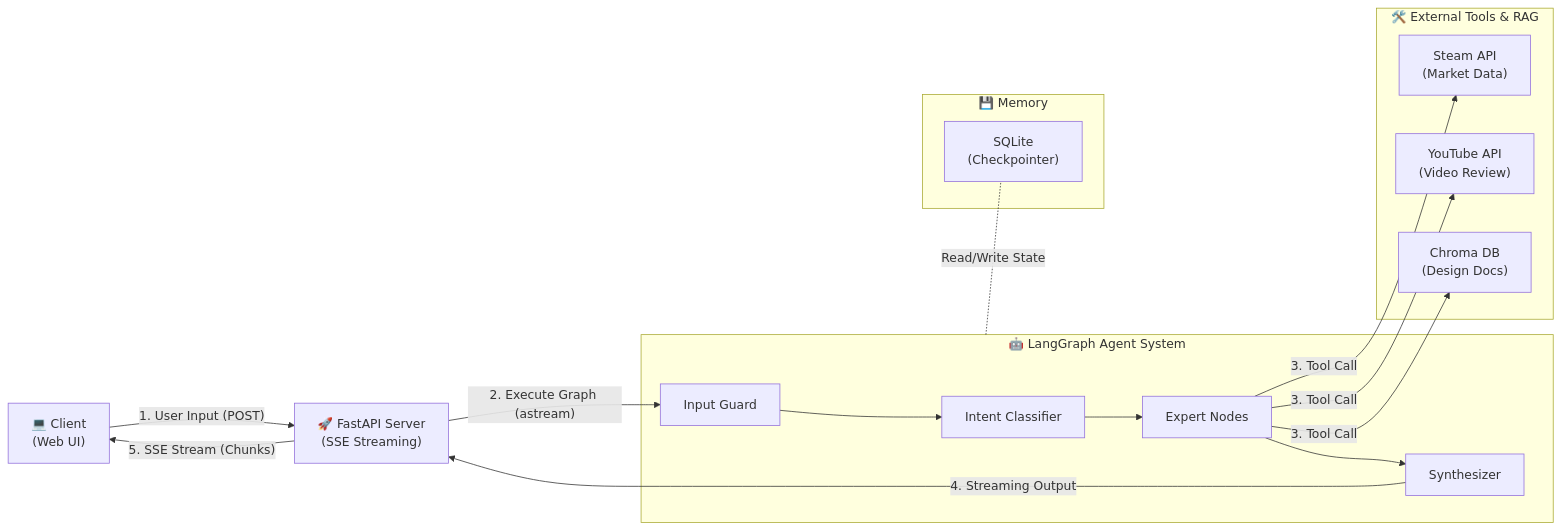
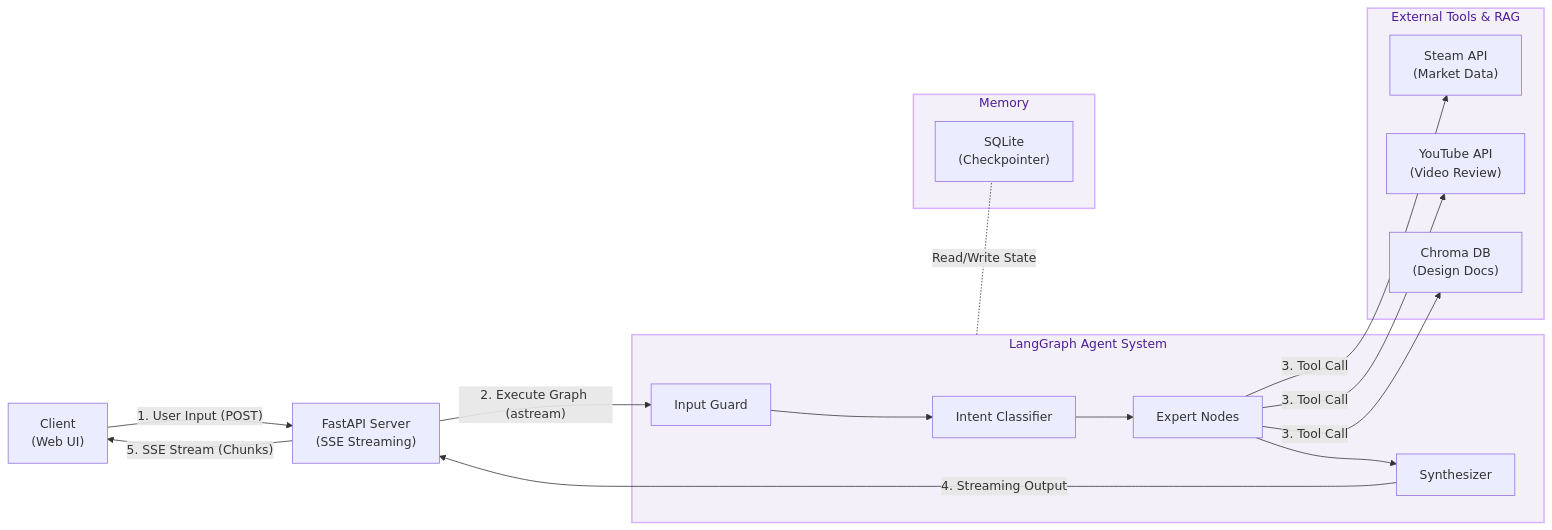
The second of 2 diagrams in README.md (DevKayden/Indie_game_advisor), drawn with Mermaid before and after one commit.

Commit message:
update mermaid

````diff
--- a/README.md
+++ b/README.md
@@ -87,35 +87,39 @@
 ```mermaid
 flowchart LR
-    Client["💻 Client\n(Web UI)"]
-    FastAPI["🚀 FastAPI Server\n(SSE Streaming)"]
+    Client["Client\n(Web UI)"]
+    FastAPI["FastAPI Server\n(SSE Streaming)"]
     
-    subgraph AgentSystem ["🤖 LangGraph Agent System"]
+    subgraph AgentSystem ["LangGraph Agent System"]
         Guard["Input Guard"]
         Classifier["Intent Classifier"]
         Experts["Expert Nodes"]
         Synth["Synthesizer"]
     end
     
-    subgraph ExternalTools ["🛠️ External Tools & RAG"]
+    subgraph ExternalTools ["External Tools & RAG"]
         Steam["Steam API\n(Market Data)"]
         Youtube["YouTube API\n(Video Review)"]
         Chroma["Chroma DB\n(Design Docs)"]
     end
     
-    subgraph Database ["💾 Memory"]
+    subgraph Database ["Memory"]
         Sqlite["SQLite\n(Checkpointer)"]
     end
 
     Client -- "1. User Input (POST)" --> FastAPI
     FastAPI -- "2. Execute Graph (astream)" --> Guard
     Guard --> Classifier --> Experts --> Synth
     
     Experts -- "3. Tool Call" --> Steam
     Experts -- "3. Tool Call" --> Youtube
     Experts -- "3. Tool Call" --> Chroma
     
     Synth -- "4. Streaming Output" --> FastAPI
     FastAPI -- "5. SSE Stream (Chunks)" --> Client
     
     AgentSystem -. "Read/Write State" .- Sqlite
+
+    style AgentSystem fill:#F4F0FA,stroke:#d8b4fe,stroke-width:2px,color:#4c1d95
+    style ExternalTools fill:#F4F0FA,stroke:#d8b4fe,stroke-width:2px,color:#4c1d95
+    style Database fill:#F4F0FA,stroke:#d8b4fe,stroke-width:2px,color:#4c1d95
 ```
````
